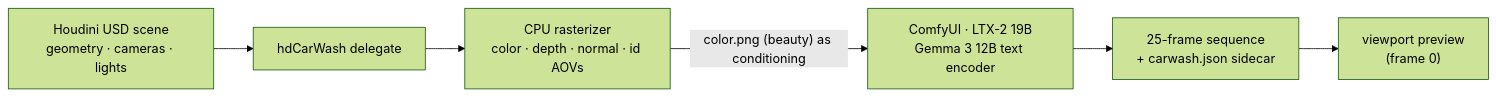
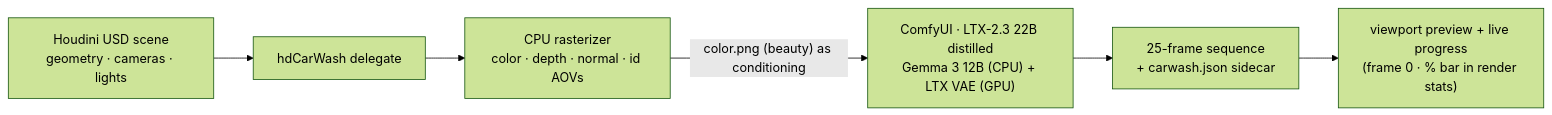
The first of 3 diagrams in README.md (JosephOIbrahim/CarWash), drawn with Mermaid (forest theme) before and after one commit. The commit also changed other lines of this file and 1 other file, not shown here.

First line of the commit message:
docs: update README + download_models for LTX-2.3 22B (v0.2)

````diff
--- a/README.md
+++ b/README.md
@@ -11,8 +11,8 @@
 ```mermaid
 flowchart LR
     H["Houdini USD scene<br/>geometry · cameras · lights"] --> D["hdCarWash delegate"]
     D --> R["CPU rasterizer<br/>color · depth · normal · id AOVs"]
-    R -->|"color.png (beauty) as conditioning"| C["ComfyUI · LTX-2 19B<br/>Gemma 3 12B text encoder"]
+    R -->|"color.png (beauty) as conditioning"| C["ComfyUI · LTX-2.3 22B distilled<br/>Gemma 3 12B (CPU) + LTX VAE (GPU)"]
     C --> O["25-frame sequence<br/>+ carwash.json sidecar"]
-    O --> V["viewport preview<br/>(frame 0)"]
+    O --> V["viewport preview + live progress<br/>(frame 0 · % bar in render stats)"]
 ```
````
